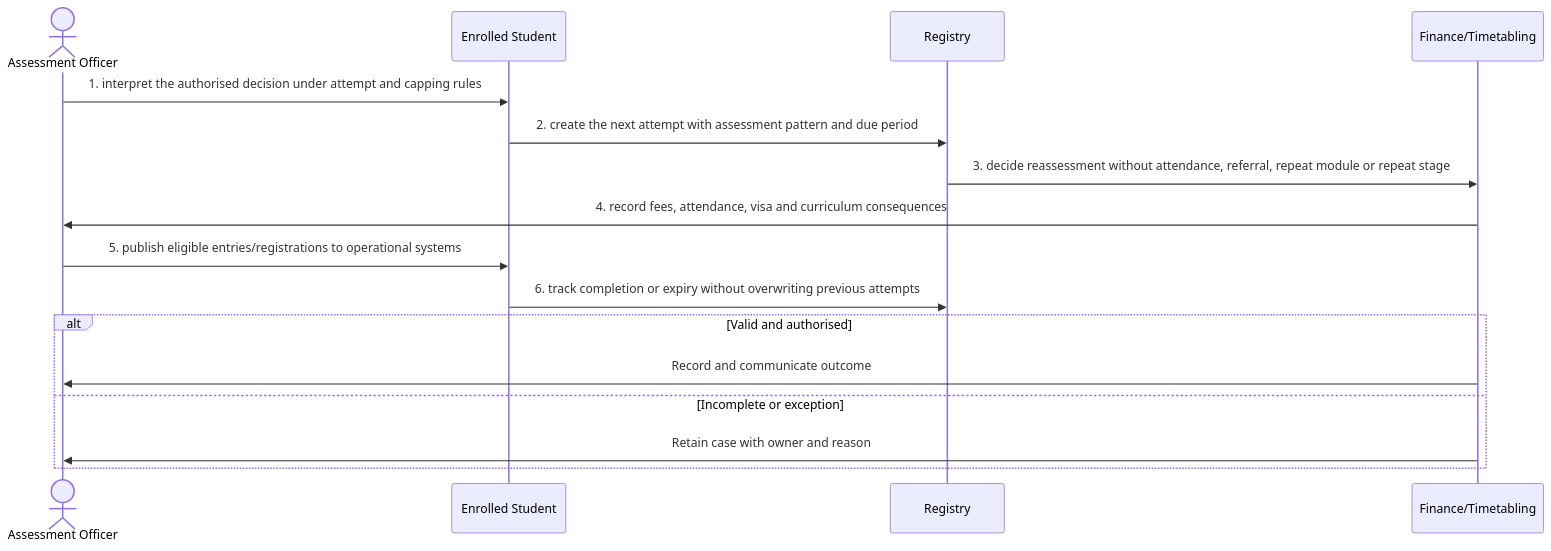
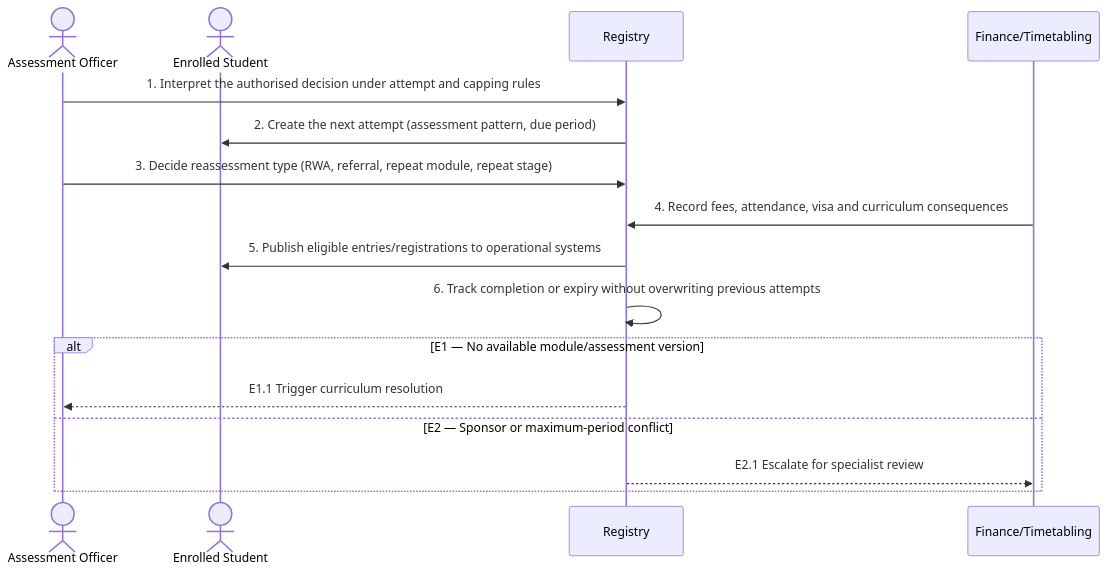
One commit to RevelationCore/Revelation-SRS changed the diagram in docs/business-processes/06-progression-awards-and-graduation/bp-06-002-manage-reassessment-referral-or-repeat-study.md. Above: the diagram before and after it, drawn with Mermaid. The commit also changed other lines of this file and 96 other files, not shown here.

````diff
--- a/docs/business-processes/06-progression-awards-and-graduation/bp-06-002-manage-reassessment-referral-or-repeat-study.md
+++ b/docs/business-processes/06-progression-awards-and-graduation/bp-06-002-manage-reassessment-referral-or-repeat-study.md
@@ -158,18 +158,19 @@
 ```mermaid
 sequenceDiagram
-    actor A1 as Assessment Officer
-    participant A2 as Enrolled Student
-    participant A3 as Registry
-    participant A4 as Finance/Timetabling
-    A1->>A2: 1. interpret the authorised decision under attempt and capping rules
-    A2->>A3: 2. create the next attempt with assessment pattern and due period
-    A3->>A4: 3. decide reassessment without attendance, referral, repeat module or repeat stage
-    A4->>A1: 4. record fees, attendance, visa and curriculum consequences
-    A1->>A2: 5. publish eligible entries/registrations to operational systems
-    A2->>A3: 6. track completion or expiry without overwriting previous attempts
-    alt Valid and authorised
-        A4->>A1: Record and communicate outcome
-    else Incomplete or exception
-        A4->>A1: Retain case with owner and reason
+    actor AO as Assessment Officer
+    actor Student as Enrolled Student
+    participant Registry
+    participant FT as Finance/Timetabling
+
+    AO->>Registry: 1. Interpret the authorised decision under attempt and capping rules
+    Registry->>Student: 2. Create the next attempt (assessment pattern, due period)
+    AO->>Registry: 3. Decide reassessment type (RWA, referral, repeat module, repeat stage)
+    FT->>Registry: 4. Record fees, attendance, visa and curriculum consequences
+    Registry->>Student: 5. Publish eligible entries/registrations to operational systems
+    Registry->>Registry: 6. Track completion or expiry without overwriting previous attempts
+    alt E1 — No available module/assessment version
+        Registry-->>AO: E1.1 Trigger curriculum resolution
+    else E2 — Sponsor or maximum-period conflict
+        Registry-->>FT: E2.1 Escalate for specialist review
     end
 ```
````
